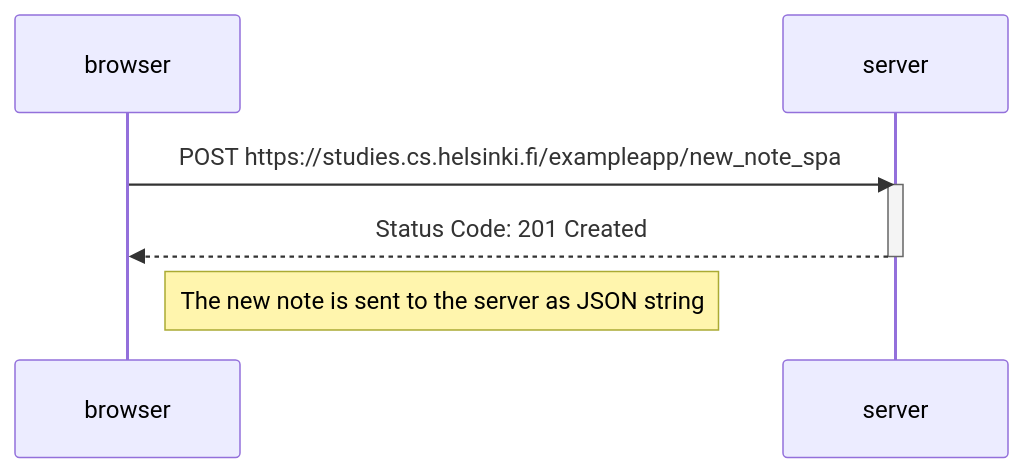
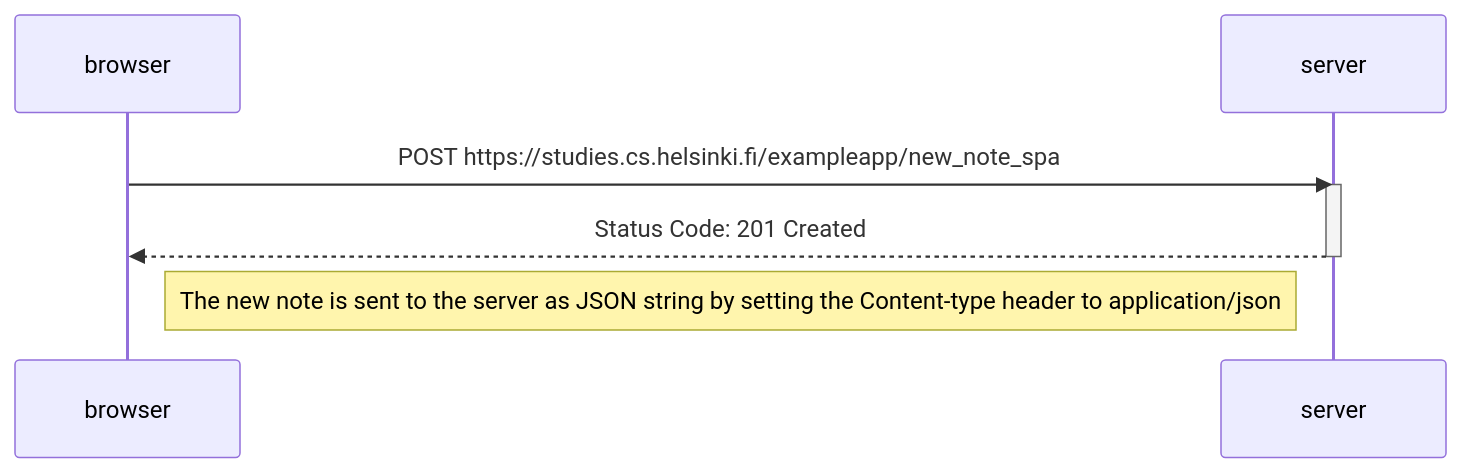
One commit to Lucjan-L/Full-Stack-Open-2023 changed the diagram in part0/0.6: New note in Single page app diagram.md. Above: the diagram before and after it, drawn with Mermaid.

Commit message:
Update 0.6: New note in Single page app diagram.md

````diff
--- a/part0/0.6: New note in Single page app diagram.md
+++ b/part0/0.6: New note in Single page app diagram.md
@@ -1,12 +1,12 @@
 ``` mermaid
 sequenceDiagram
     participant browser
     participant server
 
     browser->>server: POST https://studies.cs.helsinki.fi/exampleapp/new_note_spa
     activate server
     server-->>browser: Status Code: 201 Created
     deactivate server
 
-    Note right of browser: The new note is sent to the server as JSON string
+    Note right of browser: The new note is sent to the server as JSON string by setting the Content-type header to application/json
 ```
````
